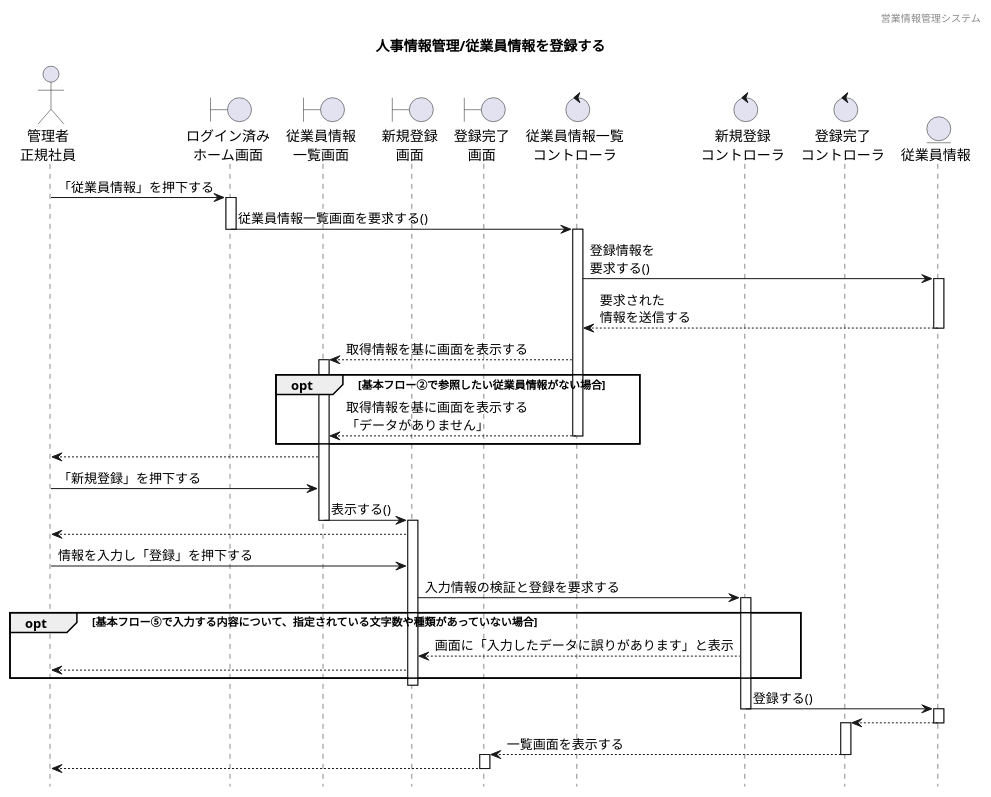
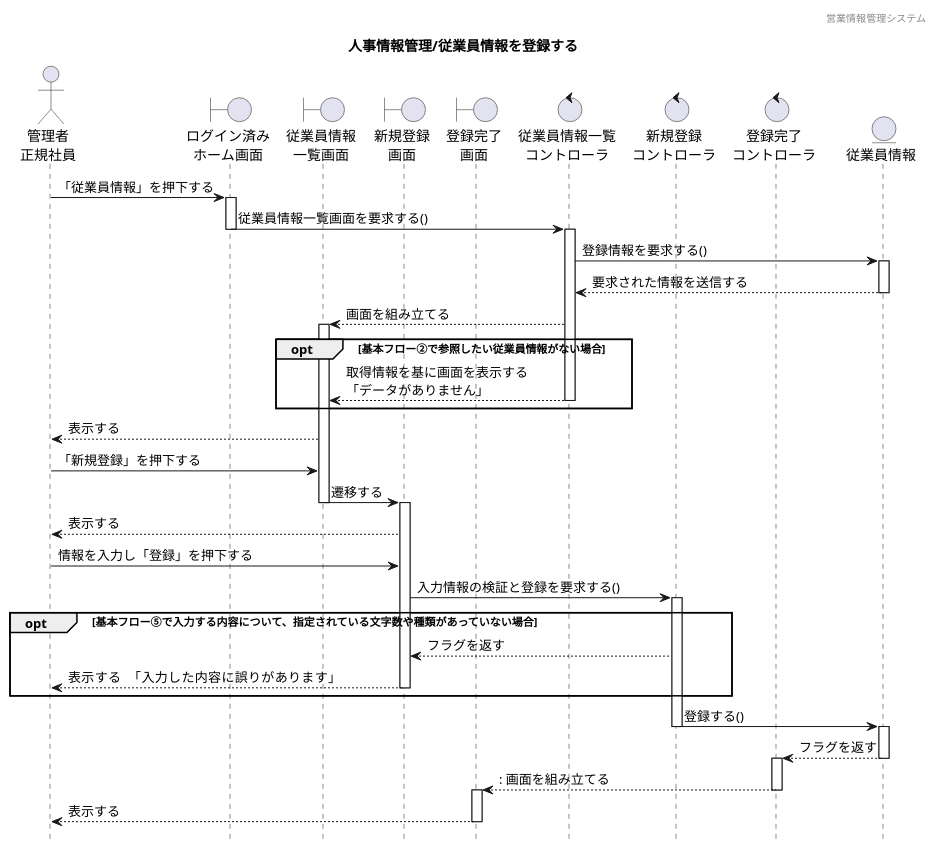
Before and after one commit to HaruShim/Sotuken: the diagram in 各種設計書/4シーケンス図/マスタ管理/1.従業員情報マスタ/従業員情報管理_登録.plantuml, drawn with PlantUML. The commit also changed 1 other file, not shown here.

```diff
--- a/各種設計書/4シーケンス図/マスタ管理/1.従業員情報マスタ/従業員情報管理_登録.plantuml
+++ b/各種設計書/4シーケンス図/マスタ管理/1.従業員情報マスタ/従業員情報管理_登録.plantuml
@@ -1,82 +1,83 @@
 @startuml シーケンス図
 
 ' 下アイコン除去
 hide footbox
 ' ヘッダー
 header 営業情報管理システム
 ' タイトル
 title 人事情報管理/従業員情報を登録する
 
 
 ' actor "" as 
 actor "管理者\n正規社員" as a1
 
 ' boundary "" as 
 boundary "ログイン済み\nホーム画面" as b1
 boundary "従業員情報\n一覧画面" as b2
 boundary "新規登録\n画面" as b3
 boundary "登録完了\n画面" as b4
 
 ' control "" as 
 control "従業員情報一覧\nコントローラ" as c1
 control "新規登録\nコントローラ" as c2
 control "登録完了\nコントローラ" as c3
 
 ' entity "" as
 entity "従業員情報" as e1
 
 
 ' ログイン済みホーム画面から一覧表示までのシーケンス
 a1 -> b1 : 「従業員情報」を押下する
 activate b1
 b1 -> c1 : 従業員情報一覧画面を要求する()
 deactivate b1
 activate c1
-c1 -> e1 : 登録情報を\n要求する()
+c1 -> e1 : 登録情報を要求する()
 activate e1
-c1 <-- e1 : 要求された\n情報を送信する
+c1 <-- e1 : 要求された情報を送信する
 deactivate e1
-b2 <-- c1 : 取得情報を基に画面を表示する
+b2 <-- c1 : 画面を組み立てる
 activate b2
 
 ' 代替フロー
 opt 基本フロー②で参照したい従業員情報がない場合
 b2 <-- c1 : 取得情報を基に画面を表示する\n「データがありません」
 deactivate c1
 end
 
 activate b2
-a1 <-- b2
+a1 <-- b2 : 表示する
 a1 -> b2 : 「新規登録」を押下する
-b2 -> b3 : 表示する()
+b2 -> b3 : 遷移する
 deactivate b2
 activate b3
-a1 <-- b3
+a1 <-- b3 : 表示する
 a1 -> b3 : 情報を入力し「登録」を押下する
-b3 -> c2 : 入力情報の検証と登録を要求する
+b3 -> c2 : 入力情報の検証と登録を要求する()
 activate c2
 
 ' 代替フロー
 opt 基本フロー⑤で入力する内容について、指定されている文字数や種類があっていない場合
-b3 <-- c2 : 画面に「入力したデータに誤りがあります」と表示
+b3 <-- c2 : フラグを返す
 deactivate c1
-a1 <-- b3
+a1 <-- b3 : 表示する　「入力した内容に誤りがあります」
+deactivate b3
 end
 
-deactivate b3
+
 activate c2
 c2 -> e1 : 登録する()
 deactivate c2
 activate e1
-c3 <-- e1
+c3 <-- e1 : フラグを返す
 deactivate e1
 activate c3
-b4 <-- c3 : 一覧画面を表示する
+b4 <-- c3 :: 画面を組み立てる
 deactivate c3
 activate b4
-a1 <-- b4
+a1 <-- b4 : 表示する
 deactivate b4
 
 
 
 @enduml
```
